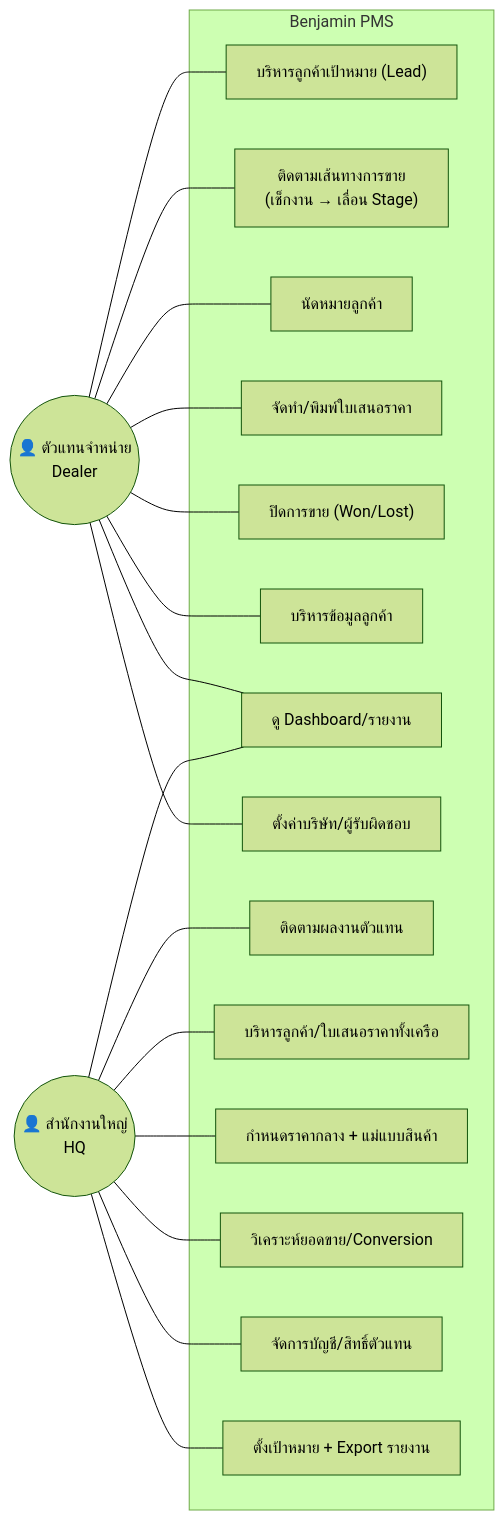
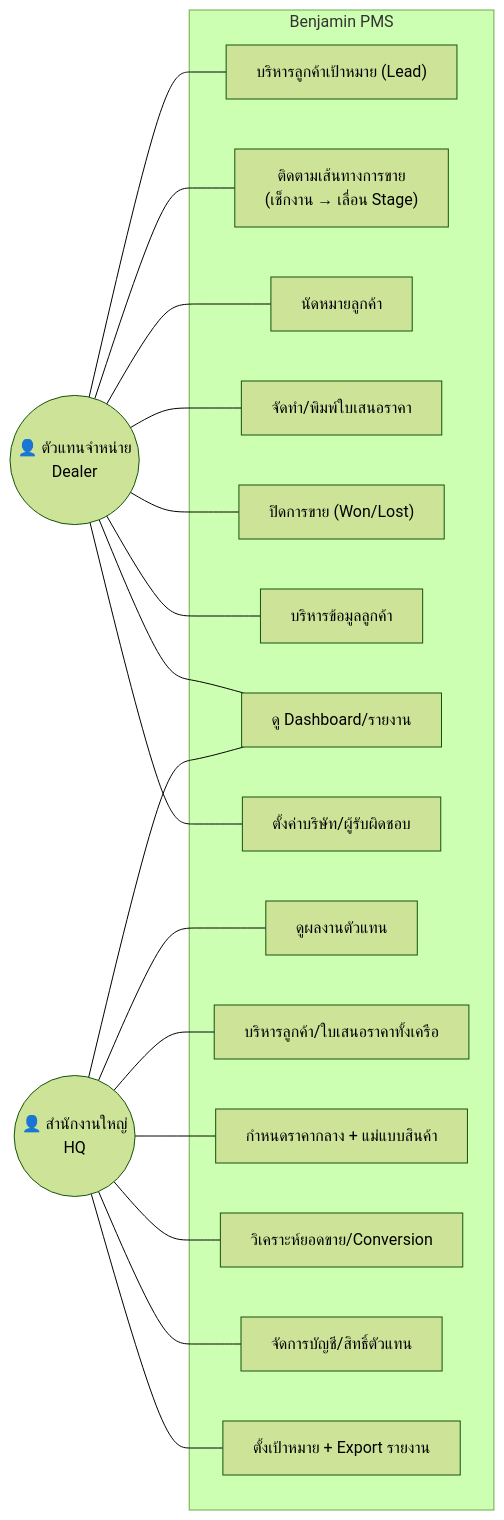
The second of 5 diagrams in docs/system-design.md (MazDev01/PMS_Benjamin), drawn with Mermaid (forest theme) before and after one commit. The commit also changed 20 other files, not shown here.

````diff
--- a/docs/system-design.md
+++ b/docs/system-design.md
@@ -59,26 +59,26 @@
 ```mermaid
 flowchart LR
     Dealer(("👤 ตัวแทนจำหน่าย<br/>Dealer"))
     HQ(("👤 สำนักงานใหญ่<br/>HQ"))
 
     subgraph system["Benjamin PMS"]
         U1["บริหารลูกค้าเป้าหมาย (Lead)"]
         U2["ติดตามเส้นทางการขาย<br/>(เช็กงาน → เลื่อน Stage)"]
         U3["นัดหมายลูกค้า"]
         U4["จัดทำ/พิมพ์ใบเสนอราคา"]
         U5["ปิดการขาย (Won/Lost)"]
         U6["บริหารข้อมูลลูกค้า"]
         U7["ดู Dashboard/รายงาน"]
         U8["ตั้งค่าบริษัท/ผู้รับผิดชอบ"]
 
-        M1["ติดตามผลงานตัวแทน"]
+        M1["ดูผลงานตัวแทน"]
         M2["บริหารลูกค้า/ใบเสนอราคาทั้งเครือ"]
         M3["กำหนดราคากลาง + แม่แบบสินค้า"]
         M4["วิเคราะห์ยอดขาย/Conversion"]
         M5["จัดการบัญชี/สิทธิ์ตัวแทน"]
         M6["ตั้งเป้าหมาย + Export รายงาน"]
     end
 
     Dealer --- U1 & U2 & U3 & U4 & U5 & U6 & U7 & U8
     HQ --- M1 & M2 & M3 & M4 & M5 & M6 & U7
 ```
````
